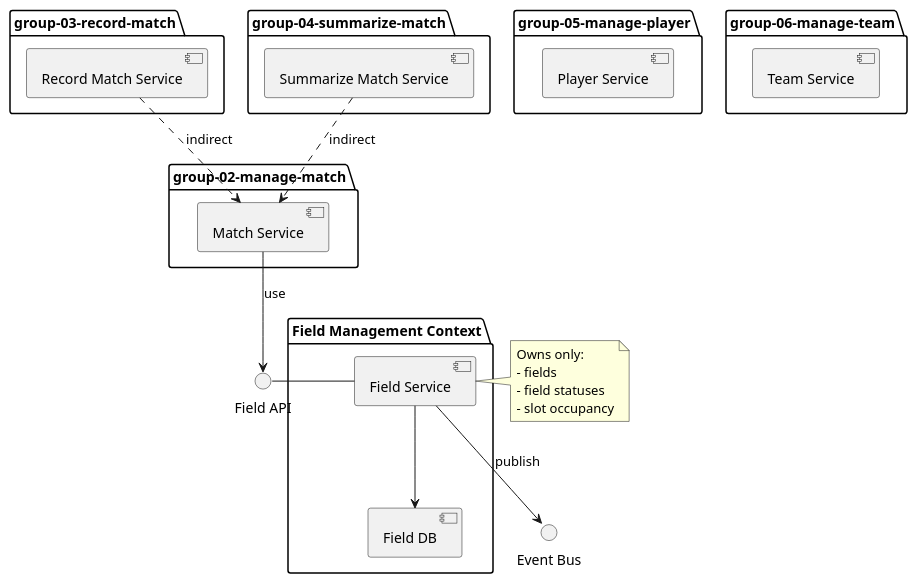
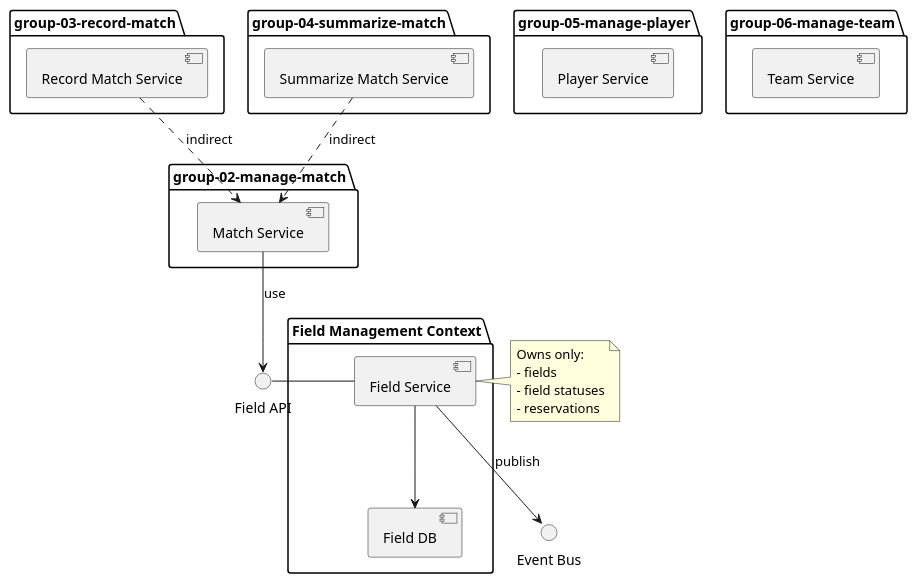
One commit to EFREI-BDX/tp-five-5 changed the diagram in repo-root/groups/group-01-manage-field/contexts-map.puml. Above: the diagram before and after it, drawn with PlantUML. The commit also changed 21 other files, not shown here.

```diff
--- a/repo-root/groups/group-01-manage-field/contexts-map.puml
+++ b/repo-root/groups/group-01-manage-field/contexts-map.puml
@@ -1,46 +1,46 @@
 @startuml
 
 package "group-02-manage-match" {
   [Match Service]
 }
 
 package "group-03-record-match" {
   [Record Match Service]
 }
 
 package "group-04-summarize-match" {
   [Summarize Match Service]
 }
 
 package "group-05-manage-player" {
   [Player Service]
 }
 
 package "group-06-manage-team" {
   [Team Service]
 }
 
 package "Field Management Context" {
   [Field Service]
   [Field DB]
 }
 interface "Field API" as FieldAPI
 interface "Event Bus" as EventBus
 
 [Match Service] --> FieldAPI: use
 
 FieldAPI - [Field Service]
 [Field Service] --> [Field DB]
 [Field Service] --> EventBus: publish
 
 [Record Match Service] ..> [Match Service]: indirect
 [Summarize Match Service] ..> [Match Service]: indirect
 
 note right of [Field Service]
 Owns only:
 - fields
 - field statuses
-- slot occupancy
+- reservations
 end note
 
 @enduml
```
